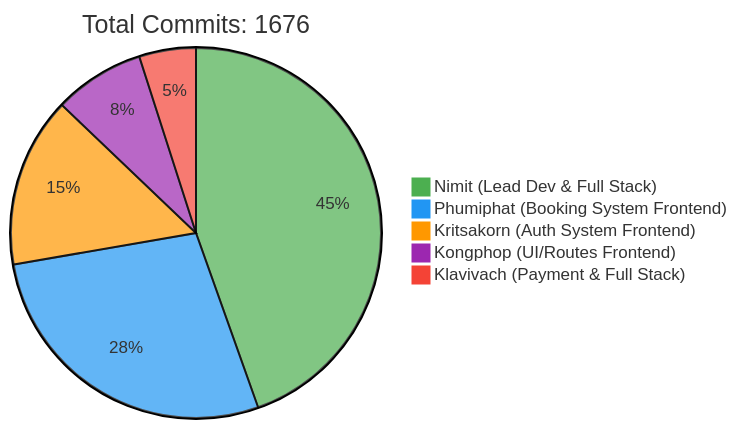
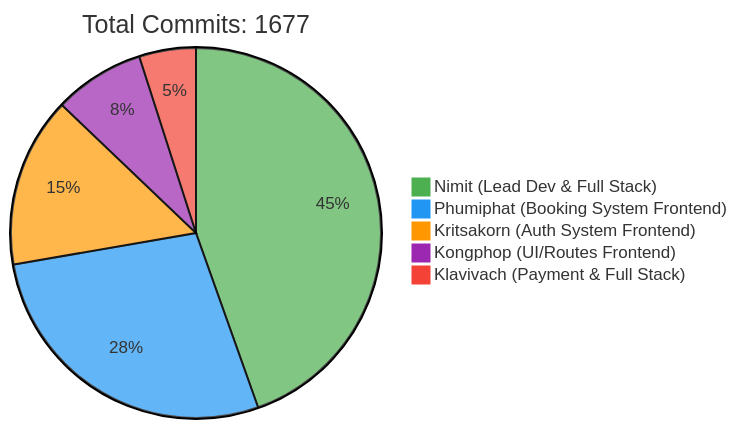
The first of 2 diagrams in README.md (6531503042/Sport-Complex), drawn with Mermaid before and after one commit. The commit also changed other lines of this file, not shown here.

Commit message:
docs: Update contributor statistics [skip ci]

````diff
--- a/README.md
+++ b/README.md
@@ -257,10 +257,10 @@
 ```mermaid
 %%{init: {'theme': 'base', 'themeVariables': { 'pie1': '#4CAF50', 'pie2': '#2196F3', 'pie3': '#FF9800', 'pie4': '#9C27B0', 'pie5': '#F44336'}}}%%
 pie
-    title Total Commits: 1676
+    title Total Commits: 1677
     "Nimit (Lead Dev & Full Stack)" : 450
     "Phumiphat (Booking System Frontend)" : 280
     "Kritsakorn (Auth System Frontend)" : 150
     "Kongphop (UI/Routes Frontend)" : 80
     "Klavivach (Payment & Full Stack)" : 50
 ```
````
